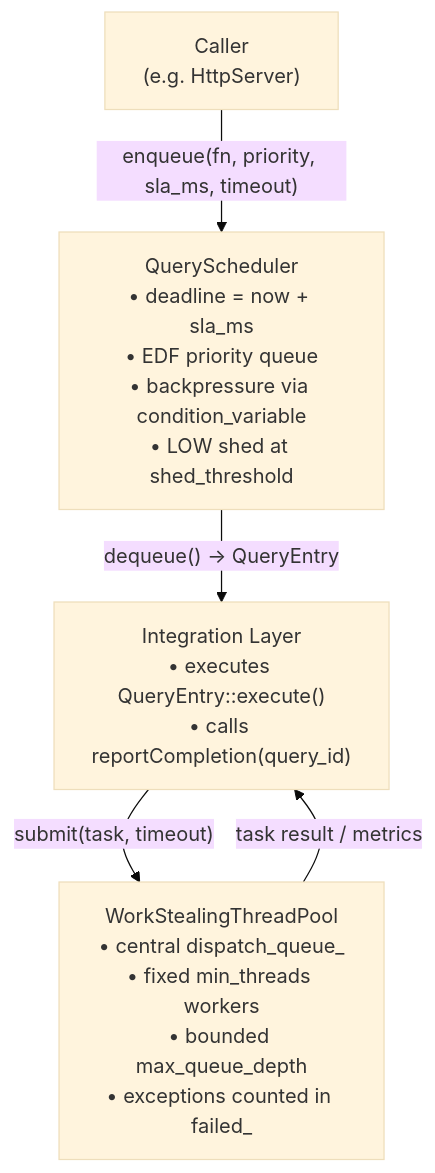
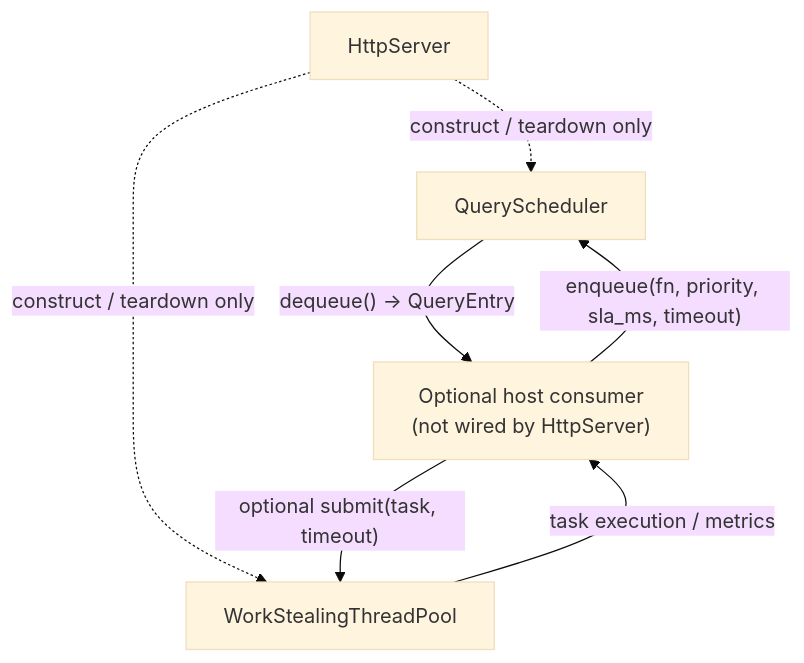
Before and after one commit to makr-code/ThemisDB: the first of 2 diagrams in src/execution/ARCHITECTURE.md, drawn with Mermaid (base theme). The commit also changed other lines of this file and 4 other files, not shown here.

````diff
--- a/src/execution/ARCHITECTURE.md
+++ b/src/execution/ARCHITECTURE.md
@@ -95,7 +100,9 @@
 ```mermaid
 flowchart TD
-    Caller["Caller\n(e.g. HttpServer)"] -->|"enqueue(fn, priority, sla_ms, timeout)"| QS["QueryScheduler\n• deadline = now + sla_ms\n• EDF priority queue\n• backpressure via condition_variable\n• LOW shed at shed_threshold"]
-    QS -->|"dequeue() → QueryEntry"| IL["Integration Layer\n• executes QueryEntry::execute()\n• calls reportCompletion(query_id)"]
-    IL -->|"submit(task, timeout)"| TP["WorkStealingThreadPool\n• central dispatch_queue_\n• fixed min_threads workers\n• bounded max_queue_depth\n• exceptions counted in failed_"]
-    TP -->|"task result / metrics"| IL
+    HS["HttpServer"] -.->|"construct / teardown only"| QS["QueryScheduler"]
+    HS -.->|"construct / teardown only"| TP["WorkStealingThreadPool"]
+    IL["Optional host consumer\n(not wired by HttpServer)"] -->|"enqueue(fn, priority, sla_ms, timeout)"| QS
+    QS -->|"dequeue() → QueryEntry"| IL
+    IL -->|"optional submit(task, timeout)"| TP
+    TP -->|"task execution / metrics"| IL
 ```
````
